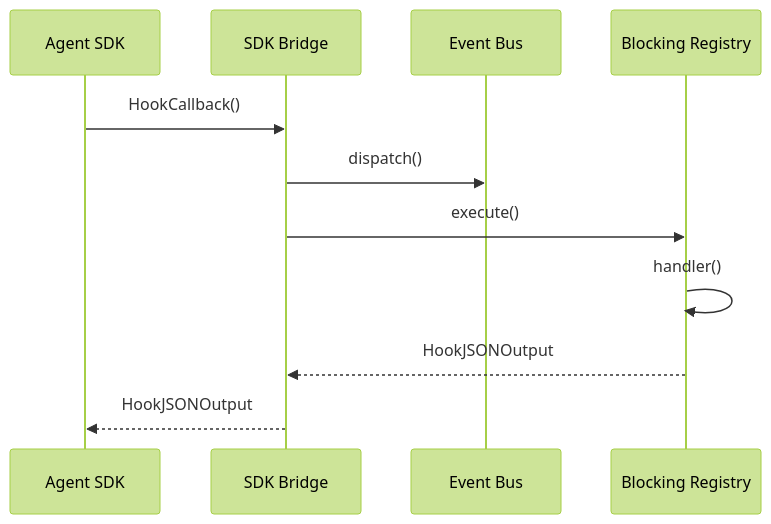
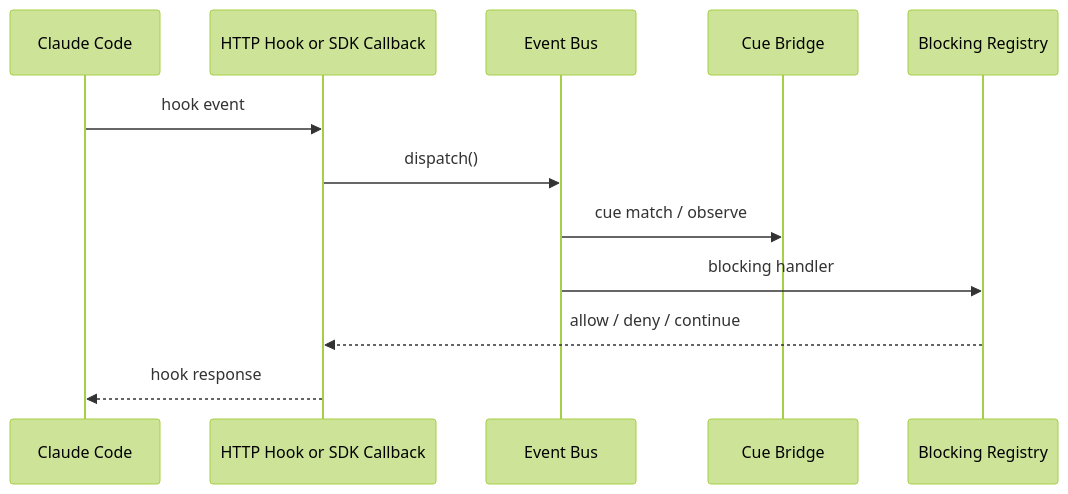
One commit to juanbermudez/cc-middleware changed the fourth of 4 diagrams in docs/architecture/README.md. Above: the diagram before and after it, drawn with Mermaid (forest theme). The commit also changed other lines of this file and 6 other files, not shown here.

````diff
--- a/docs/architecture/README.md
+++ b/docs/architecture/README.md
@@ -154,14 +171,15 @@
 ```mermaid
 sequenceDiagram
-    participant SDK as Agent SDK
-    participant Bridge as SDK Bridge
+    participant CC as Claude Code
+    participant Hook as HTTP Hook or SDK Callback
     participant Bus as Event Bus
-    participant Reg as Blocking Registry
+    participant Dispatch as Cue Bridge
+    participant Block as Blocking Registry
 
-    SDK->>Bridge: HookCallback()
-    Bridge->>Bus: dispatch()
-    Bridge->>Reg: execute()
-    Reg->>Reg: handler()
-    Reg-->>Bridge: HookJSONOutput
-    Bridge-->>SDK: HookJSONOutput
+    CC->>Hook: hook event
+    Hook->>Bus: dispatch()
+    Bus->>Dispatch: cue match / observe
+    Bus->>Block: blocking handler
+    Block-->>Hook: allow / deny / continue
+    Hook-->>CC: hook response
 ```
````
